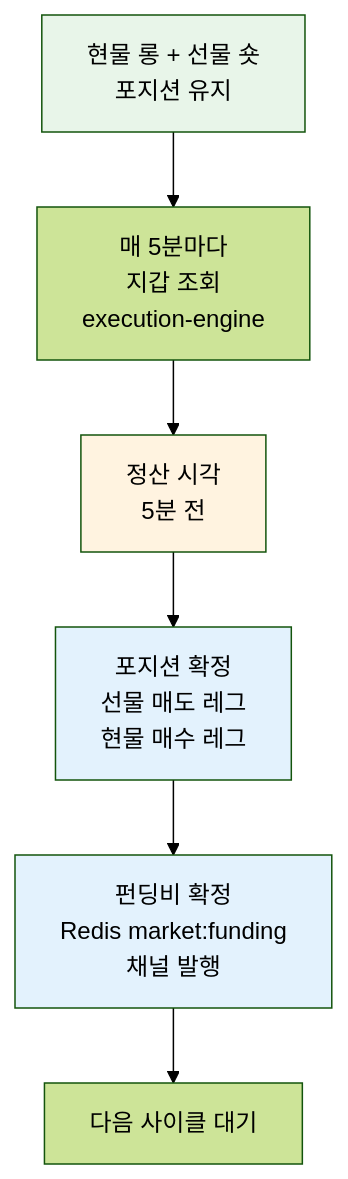
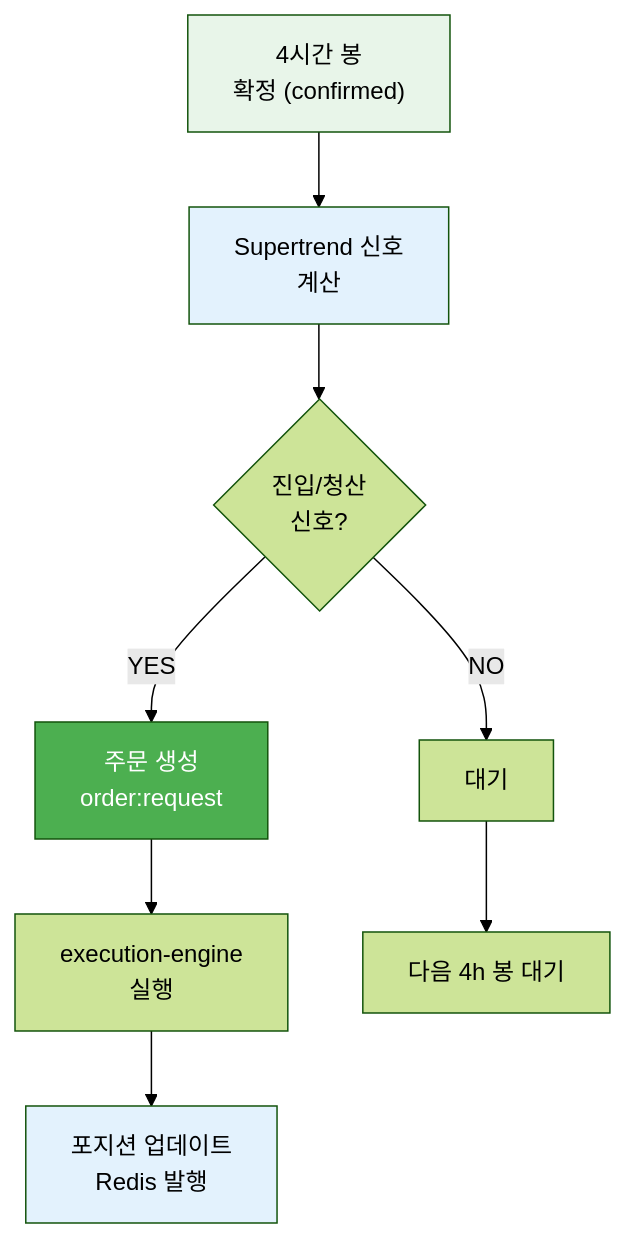
One commit to Justant-source/Bit-Mania changed the second of 9 diagrams in docs/architecture/data-flow.md. Above: the diagram before and after it, drawn with Mermaid (forest theme). The commit also changed other lines of this file and 8 other files, not shown here.

````diff
--- a/docs/architecture/data-flow.md
+++ b/docs/architecture/data-flow.md
@@ -202,13 +203,15 @@
 ```mermaid
 graph TD
-    A["현물 롱 + 선물 숏<br>포지션 유지"] --> B["매 5분마다<br>지갑 조회<br>execution-engine"]
-    B --> C["정산 시각<br>5분 전"]
-    C --> D["포지션 확정<br>선물 매도 레그<br>현물 매수 레그"]
-    D --> E["펀딩비 확정<br>Redis market:funding<br>채널 발행"]
-    E --> F["다음 사이클 대기"]
+    A["4시간 봉<br>확정 (confirmed)"] --> B["Supertrend 신호<br>계산"]
+    B --> C{"진입/청산<br>신호?"}
+    C -->|YES| D["주문 생성<br>order:request"]
+    C -->|NO| E["대기"]
+    D --> F["execution-engine<br>실행"]
+    F --> G["포지션 업데이트<br>Redis 발행"]
+    E --> H["다음 4h 봉 대기"]
     
     style A fill:#E8F5E9
-    style C fill:#FFF3E0
-    style D fill:#E3F2FD
-    style E fill:#E3F2FD
+    style B fill:#E3F2FD
+    style D fill:#4CAF50,color:#fff
+    style G fill:#E3F2FD
 ```
````
